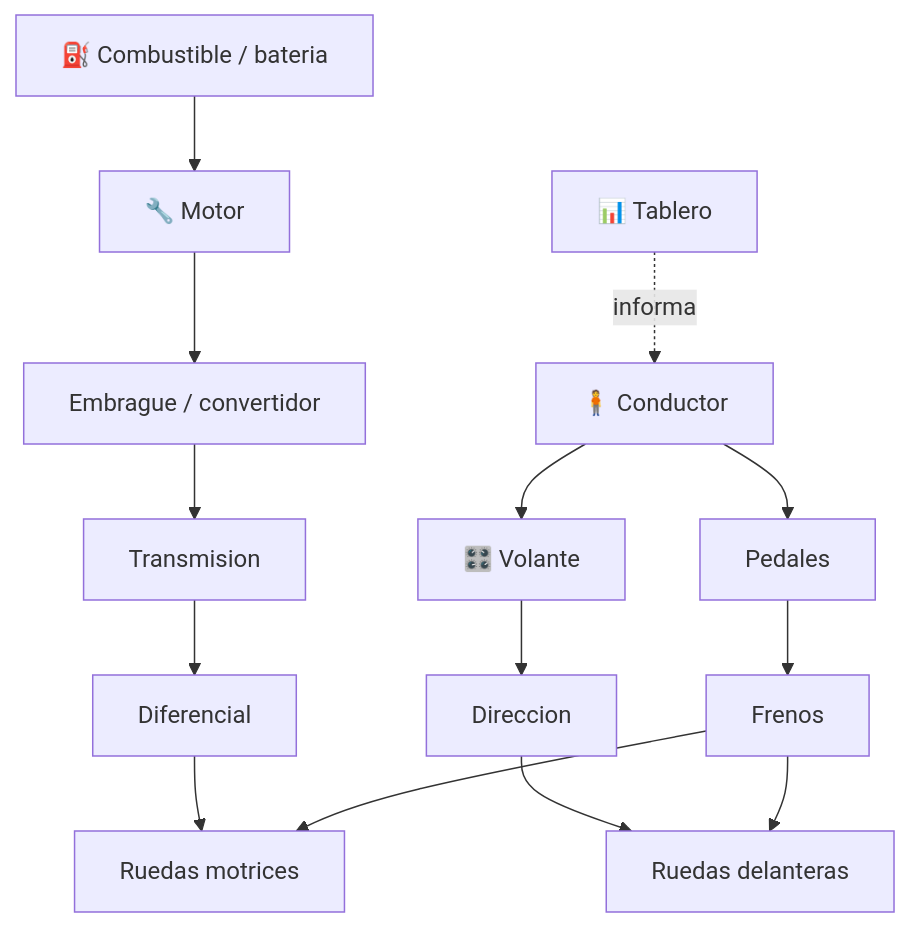
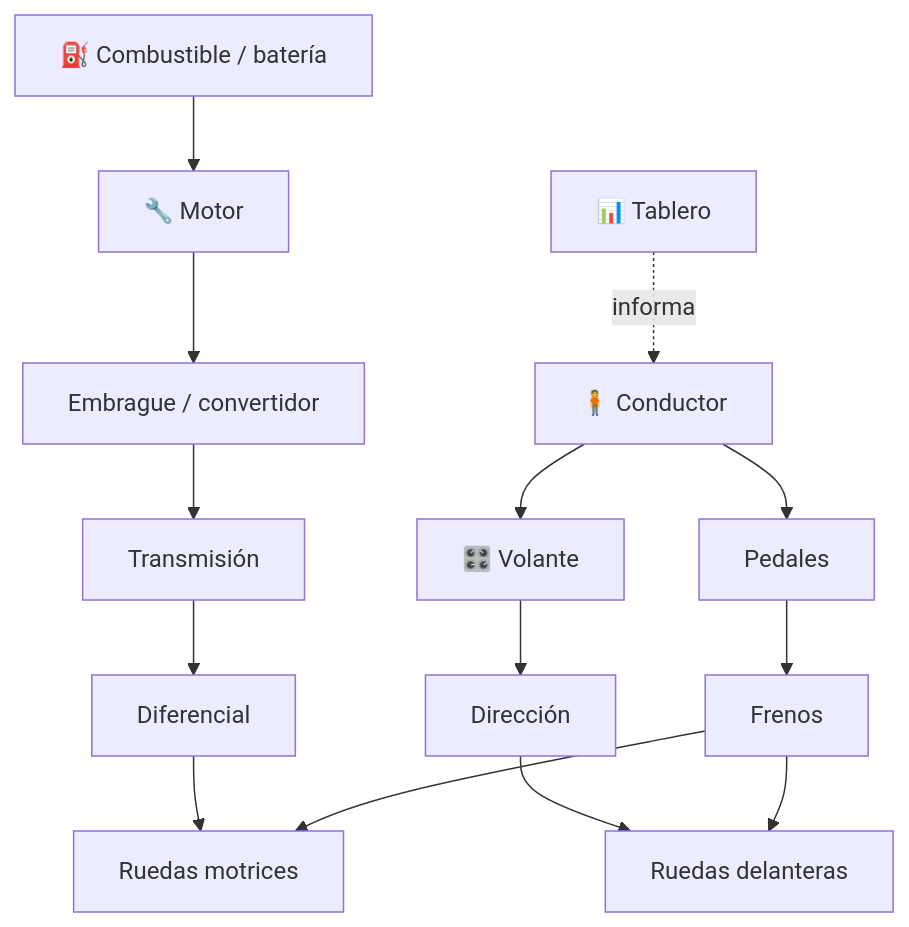
The diagram in vehiculos/automoviles/README.md (vladimiracunadev-create/machine-operator-program), drawn with Mermaid before and after one commit. The commit also changed other lines of this file and 442 other files, not shown here.

````diff
--- a/vehiculos/automoviles/README.md
+++ b/vehiculos/automoviles/README.md
@@ -31,16 +31,16 @@
 ```mermaid
 flowchart TD
-    Energia[⛽ Combustible / bateria] --> Motor[🔧 Motor]
+    Energia[⛽ Combustible / batería] --> Motor[🔧 Motor]
     Motor --> Embrague[Embrague / convertidor]
-    Embrague --> Caja[Transmision]
+    Embrague --> Caja[Transmisión]
     Caja --> Diferencial[Diferencial]
     Diferencial --> RuedasM[Ruedas motrices]
-    Volante[🎛️ Volante] --> Direccion[Direccion]
+    Volante[🎛️ Volante] --> Direccion[Dirección]
     Direccion --> RuedasD[Ruedas delanteras]
     Pedales[Pedales] --> Frenos[Frenos]
     Frenos --> RuedasM
     Frenos --> RuedasD
     Tablero[📊 Tablero] -. informa .-> Conductor[🧍 Conductor]
     Conductor --> Volante
     Conductor --> Pedales
 ```
````
